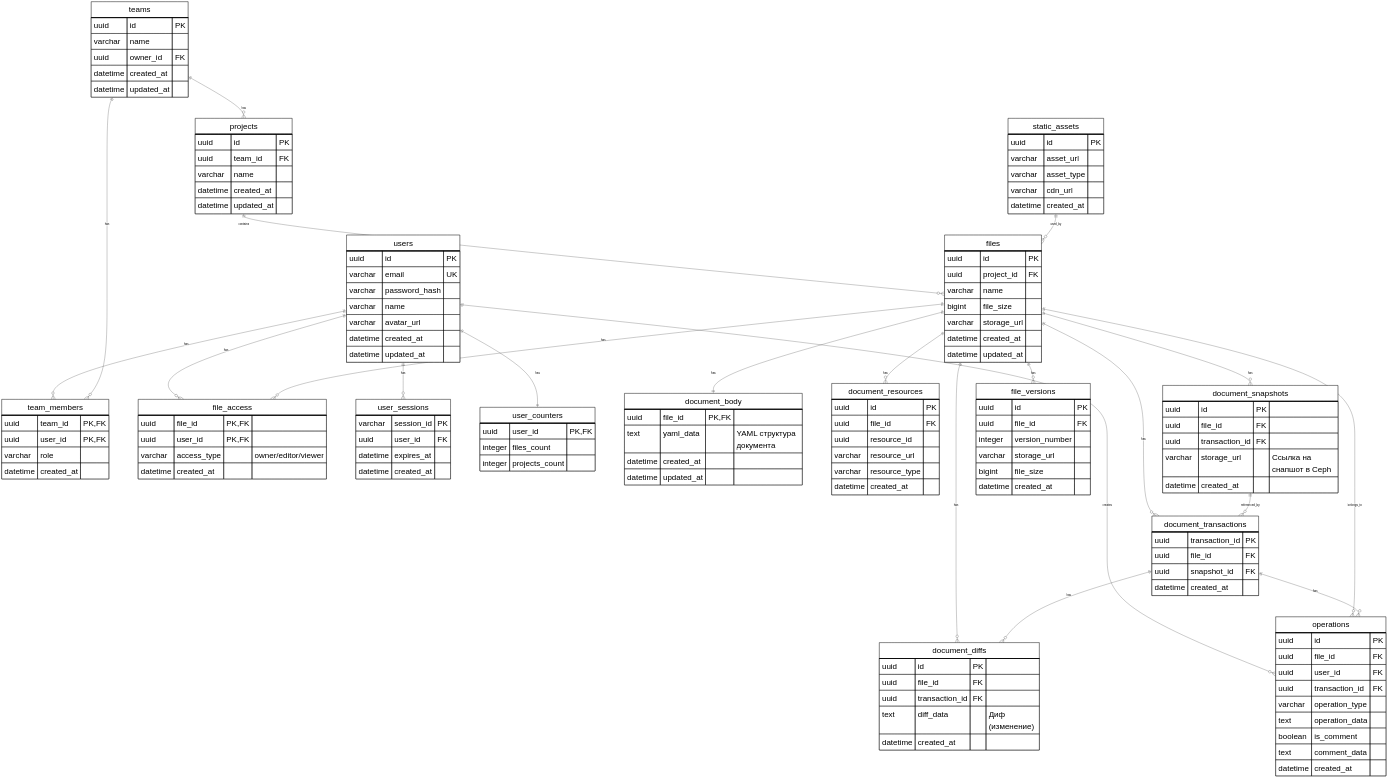
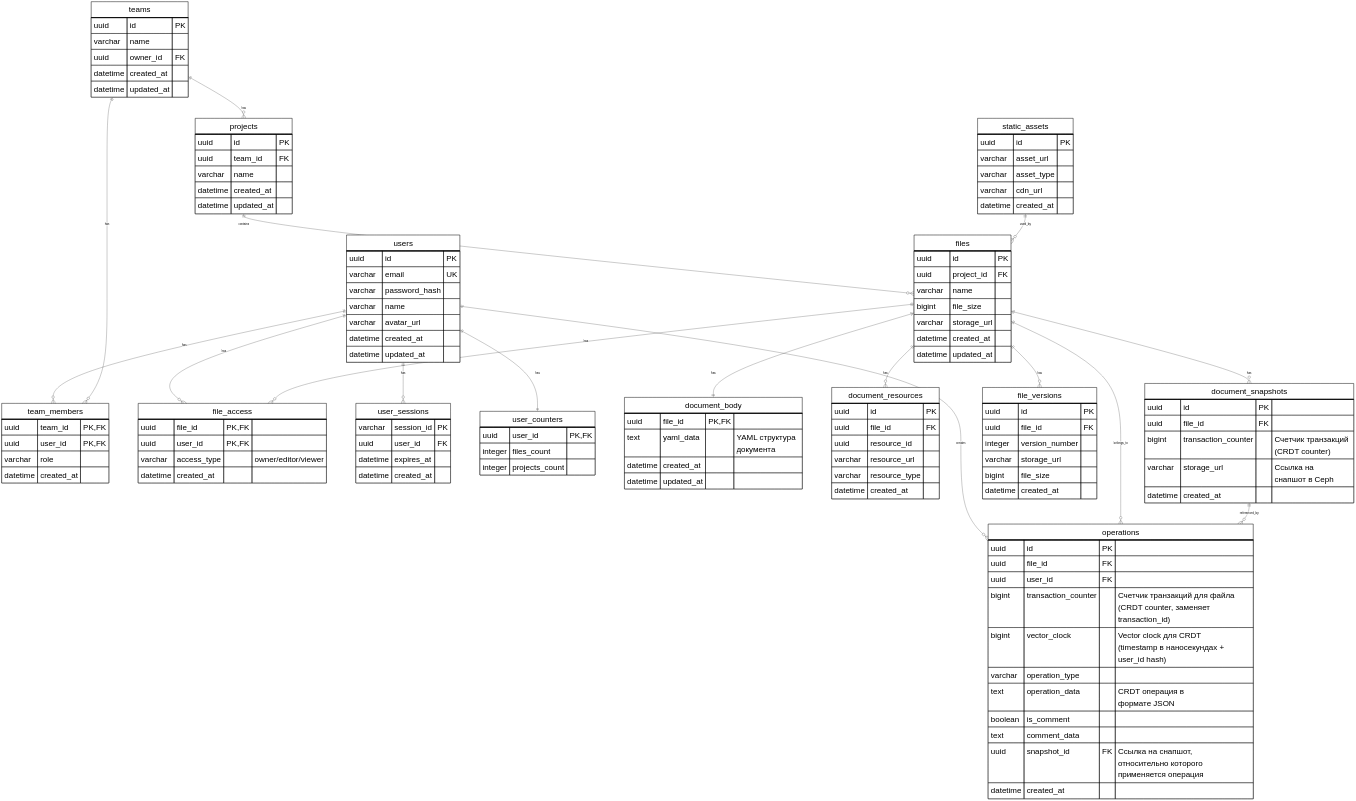
The first of 3 diagrams in README.md (alx314vo/highload_figma), drawn with Mermaid before and after one commit. The commit also changed other lines of this file, not shown here.

```diff
--- a/README.md
+++ b/README.md
@@ -226,16 +245,12 @@
     
     files ||--|| document_body : "has"
     files ||--o{ document_resources : "has"
-    files ||--o{ document_diffs : "has"
     files ||--o{ document_snapshots : "has"
-    files ||--o{ document_transactions : "has"
     files ||--o{ file_access : "has"
     files ||--o{ file_versions : "has"
     files ||--o{ operations : "belongs_to"
     
-    document_snapshots ||--o{ document_transactions : "referenced_by"
-    document_transactions ||--o{ document_diffs : "has"
-    document_transactions ||--o{ operations : "has"
+    document_snapshots ||--o{ operations : "referenced_by"
     
     static_assets ||--o{ files : "used_by"
     
@@ -304,26 +319,11 @@
         datetime created_at
     }
     
-    document_diffs {
-        uuid id PK
-        uuid file_id FK
-        uuid transaction_id FK
-        text diff_data "Диф (изменение)"
-        datetime created_at
-    }
-    
     document_snapshots {
         uuid id PK
         uuid file_id FK
-        uuid transaction_id FK
+        bigint transaction_counter "Счетчик транзакций (CRDT counter)"
         varchar storage_url "Ссылка на снапшот в Ceph"
-        datetime created_at
-    }
-    
-    document_transactions {
-        uuid transaction_id PK
-        uuid file_id FK
-        uuid snapshot_id FK
         datetime created_at
     }
     
@@ -347,11 +347,13 @@
         uuid id PK
         uuid file_id FK
         uuid user_id FK
-        uuid transaction_id FK
+        bigint transaction_counter "Счетчик транзакций для файла (CRDT counter, заменяет transaction_id)"
+        bigint vector_clock "Vector clock для CRDT (timestamp в наносекундах + user_id hash)"
         varchar operation_type
-        text operation_data
+        text operation_data "CRDT операция в формате JSON"
         boolean is_comment
         text comment_data
+        uuid snapshot_id FK "Ссылка на снапшот, относительно которого применяется операция"
         datetime created_at
     }
     
```
